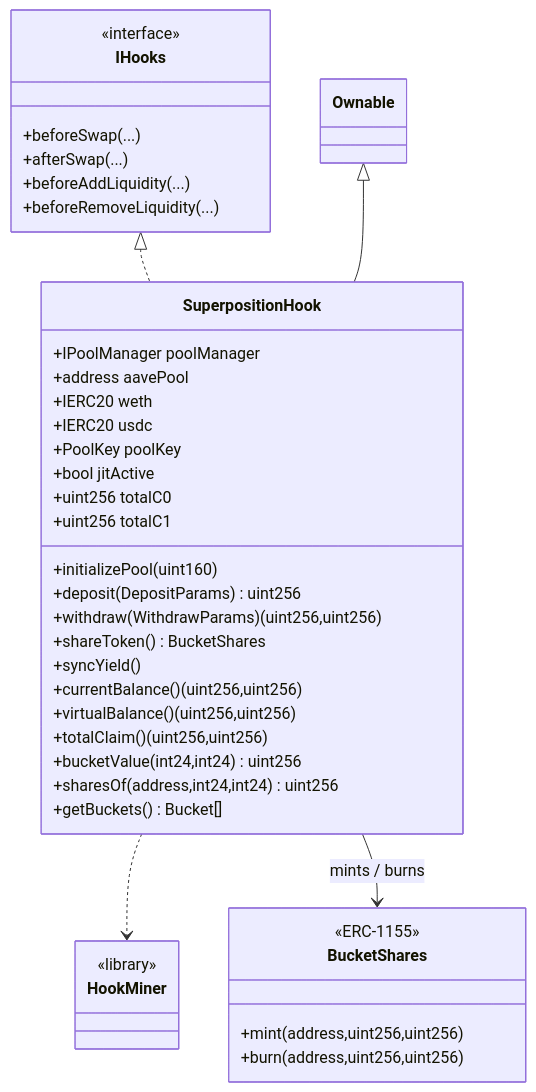
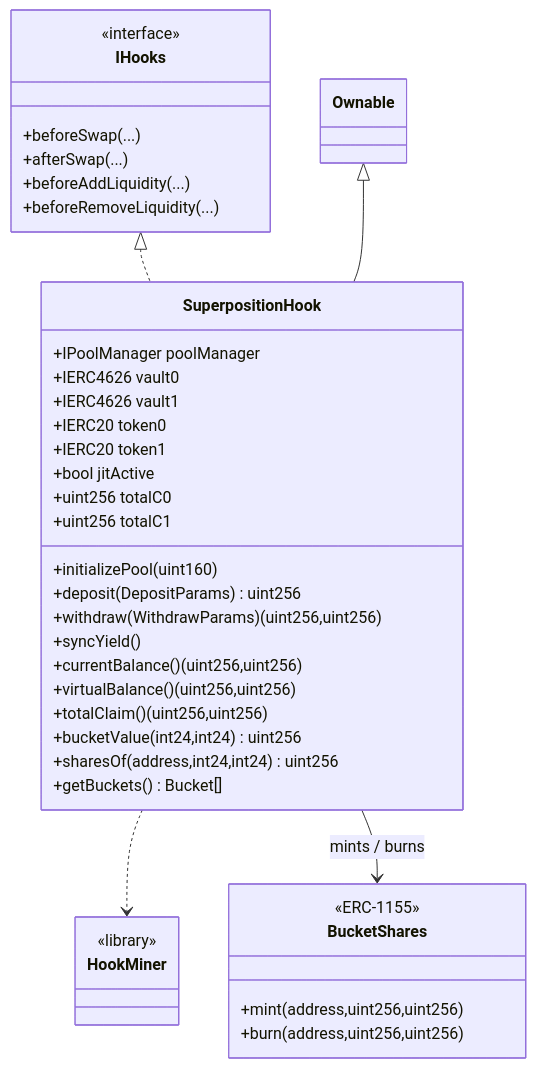
One commit to SolidityDrone/superposition-hook-uni-v4 changed the fourth of 4 diagrams in superposition-uni-v4-hook/README.md. Above: the diagram before and after it, drawn with Mermaid. The commit also changed other lines of this file and 7 other files, not shown here.

````diff
--- a/superposition-uni-v4-hook/README.md
+++ b/superposition-uni-v4-hook/README.md
@@ -299,44 +304,43 @@
 ```mermaid
 classDiagram
     class IHooks {
         <<interface>>
         +beforeSwap(...)
         +afterSwap(...)
         +beforeAddLiquidity(...)
         +beforeRemoveLiquidity(...)
     }
     class Ownable
     class SuperpositionHook {
         +IPoolManager poolManager
-        +address aavePool
-        +IERC20 weth
-        +IERC20 usdc
-        +PoolKey poolKey
+        +IERC4626 vault0
+        +IERC4626 vault1
+        +IERC20 token0
+        +IERC20 token1
         +bool jitActive
         +uint256 totalC0
         +uint256 totalC1
         +initializePool(uint160)
         +deposit(DepositParams) uint256
         +withdraw(WithdrawParams) (uint256,uint256)
-        +shareToken() BucketShares
         +syncYield()
         +currentBalance() (uint256,uint256)
         +virtualBalance() (uint256,uint256)
         +totalClaim() (uint256,uint256)
         +bucketValue(int24,int24) uint256
         +sharesOf(address,int24,int24) uint256
         +getBuckets() Bucket[]
     }
     class BucketShares {
         <<ERC-1155>>
         +mint(address,uint256,uint256)
         +burn(address,uint256,uint256)
     }
     class HookMiner {
         <<library>>
     }
     IHooks <|.. SuperpositionHook
     Ownable <|-- SuperpositionHook
     SuperpositionHook ..> HookMiner
     SuperpositionHook --> BucketShares : mints / burns
 ```
````
